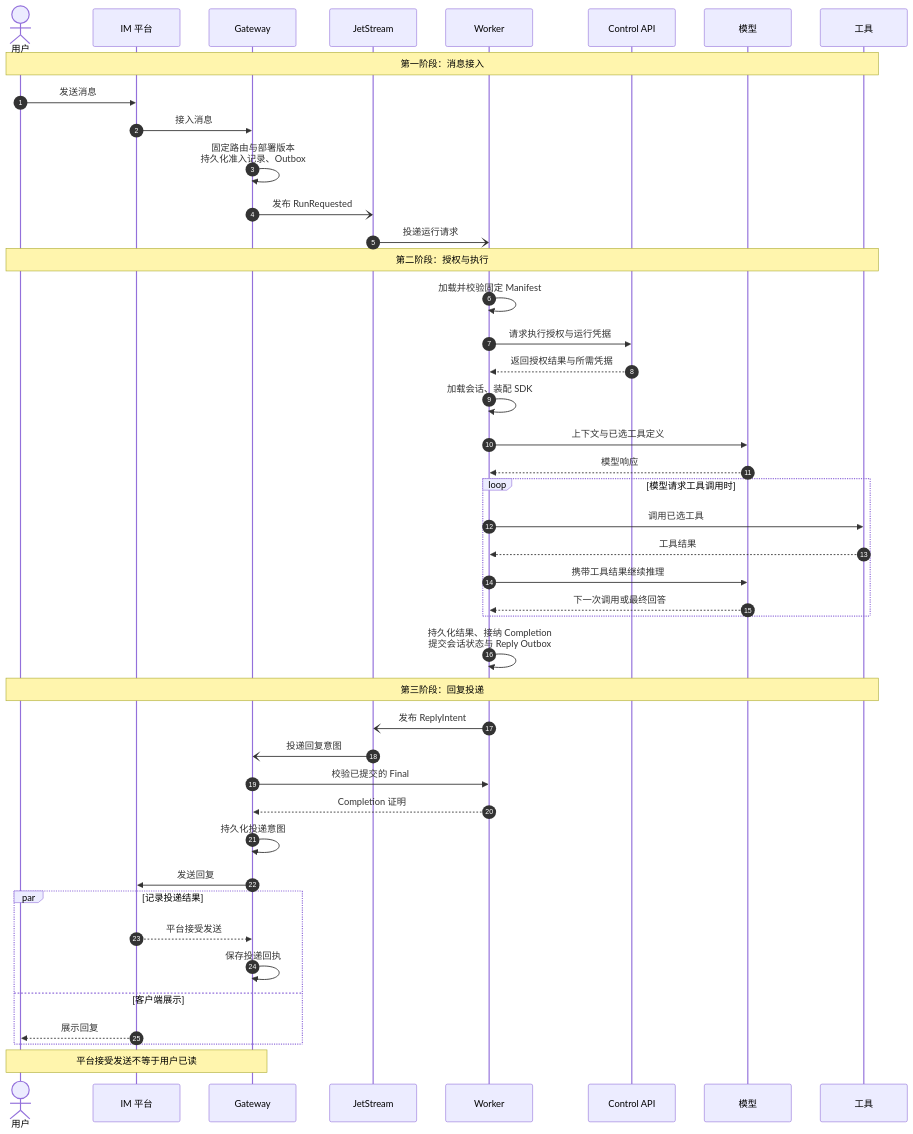
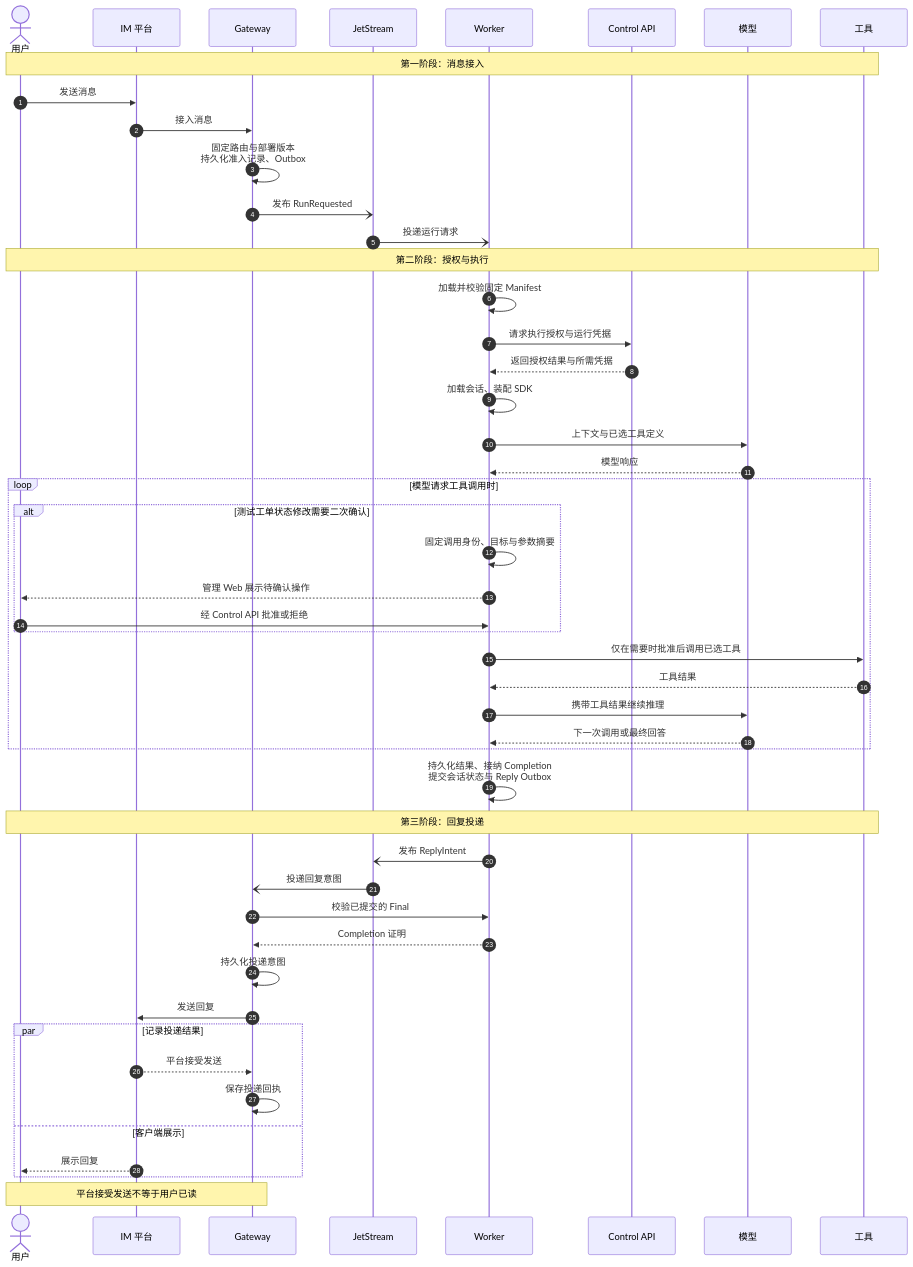
One commit to JFSAS/trpc-agent-service changed the diagram in README.md. Above: the diagram before and after it, drawn with Mermaid. The commit also changed other lines of this file and 36 other files, not shown here.

````diff
--- a/README.md
+++ b/README.md
@@ -86,56 +87,61 @@
 ```mermaid
 sequenceDiagram
     autonumber
     actor U as 用户
     participant IM as IM 平台
     participant G as Gateway
     participant N as JetStream
     participant W as Worker
     participant C as Control API
     participant M as 模型
     participant T as 工具
 
     Note over U,T: 第一阶段：消息接入
 
     U->>IM: 发送消息
     IM->>G: 接入消息
     G->>G: 固定路由与部署版本<br/>持久化准入记录、Outbox
     G-)N: 发布 RunRequested
     N-)W: 投递运行请求
 
     Note over U,T: 第二阶段：授权与执行
 
     W->>W: 加载并校验固定 Manifest
     W->>C: 请求执行授权与运行凭据
     C-->>W: 返回授权结果与所需凭据
     W->>W: 加载会话、装配 SDK
     W->>M: 上下文与已选工具定义
     M-->>W: 模型响应
 
     loop 模型请求工具调用时
-        W->>T: 调用已选工具
+        alt 测试工单状态修改需要二次确认
+            W->>W: 固定调用身份、目标与参数摘要
+            W-->>U: 管理 Web 展示待确认操作
+            U->>W: 经 Control API 批准或拒绝
+        end
+        W->>T: 仅在需要时批准后调用已选工具
         T-->>W: 工具结果
         W->>M: 携带工具结果继续推理
         M-->>W: 下一次调用或最终回答
     end
 
     W->>W: 持久化结果、接纳 Completion<br/>提交会话状态与 Reply Outbox
 
     Note over U,T: 第三阶段：回复投递
 
     W-)N: 发布 ReplyIntent
     N-)G: 投递回复意图
     G->>W: 校验已提交的 Final
     W-->>G: Completion 证明
     G->>G: 持久化投递意图
     G->>IM: 发送回复
 
     par 记录投递结果
         IM-->>G: 平台接受发送
         G->>G: 保存投递回执
     and 客户端展示
         IM-->>U: 展示回复
     end
 
     Note over U,G: 平台接受发送不等于用户已读
 ```
````
